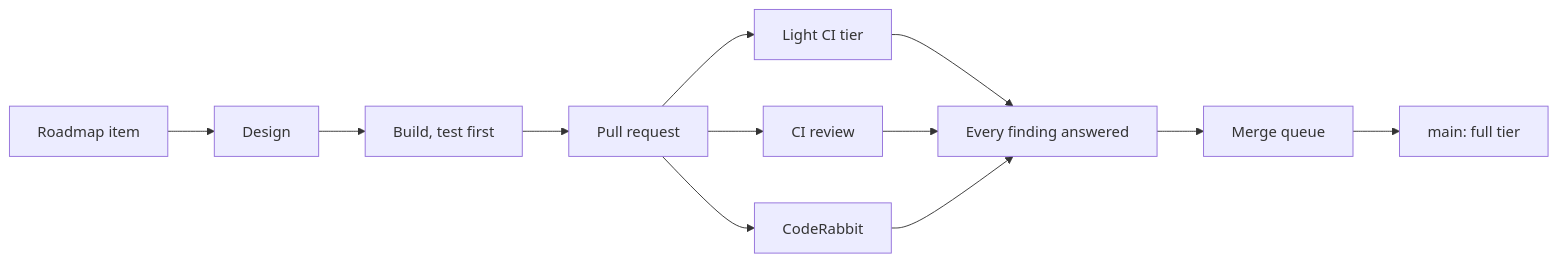
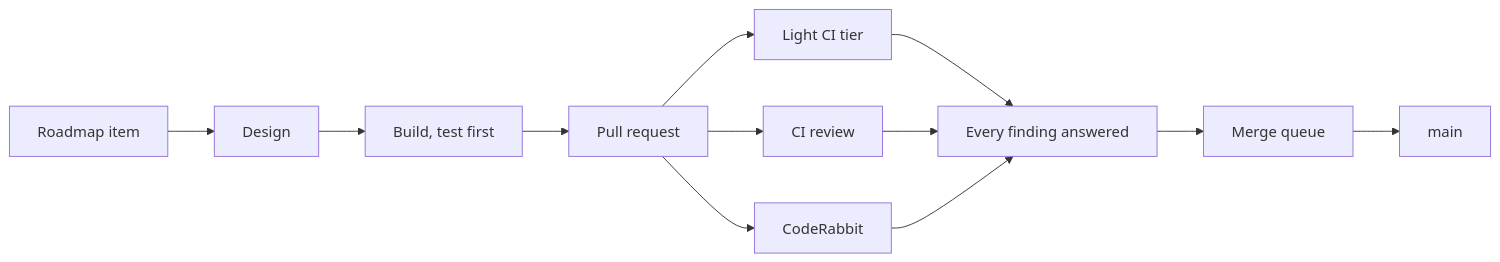
Before and after one commit to pixtuoid/pixtuoid: the diagram in docs/HOW-WE-BUILD.md, drawn with Mermaid. The commit also changed other lines of this file and 1 other file, not shown here.

First line of the commit message:
docs: How we build links the authority for each step instead of restating it

````diff
--- a/docs/HOW-WE-BUILD.md
+++ b/docs/HOW-WE-BUILD.md
@@ -39,13 +39,13 @@
 ```mermaid
 flowchart LR
   accTitle: A change's path to main
-  accDescr: A change moves from a Roadmap item through design, a test-first build and a pull request; the light CI tier, the CI review and CodeRabbit check it, every finding is answered in its thread, and the merge queue lands the change on main, where the full tier runs.
+  accDescr: A change moves from a Roadmap item through design, a test-first build and a pull request; the light CI tier, the CI review and CodeRabbit check it, every finding is answered in its thread, and the merge queue lands the change on main.
   P[Roadmap item] --> D[Design] --> B[Build, test first] --> PR[Pull request]
   PR --> C[Light CI tier]
   PR --> R[CI review]
   PR --> CR[CodeRabbit]
   C --> T[Every finding answered]
   R --> T
   CR --> T
-  T --> Q[Merge queue] --> M[main: full tier]
+  T --> Q[Merge queue] --> M[main]
 ```
````
